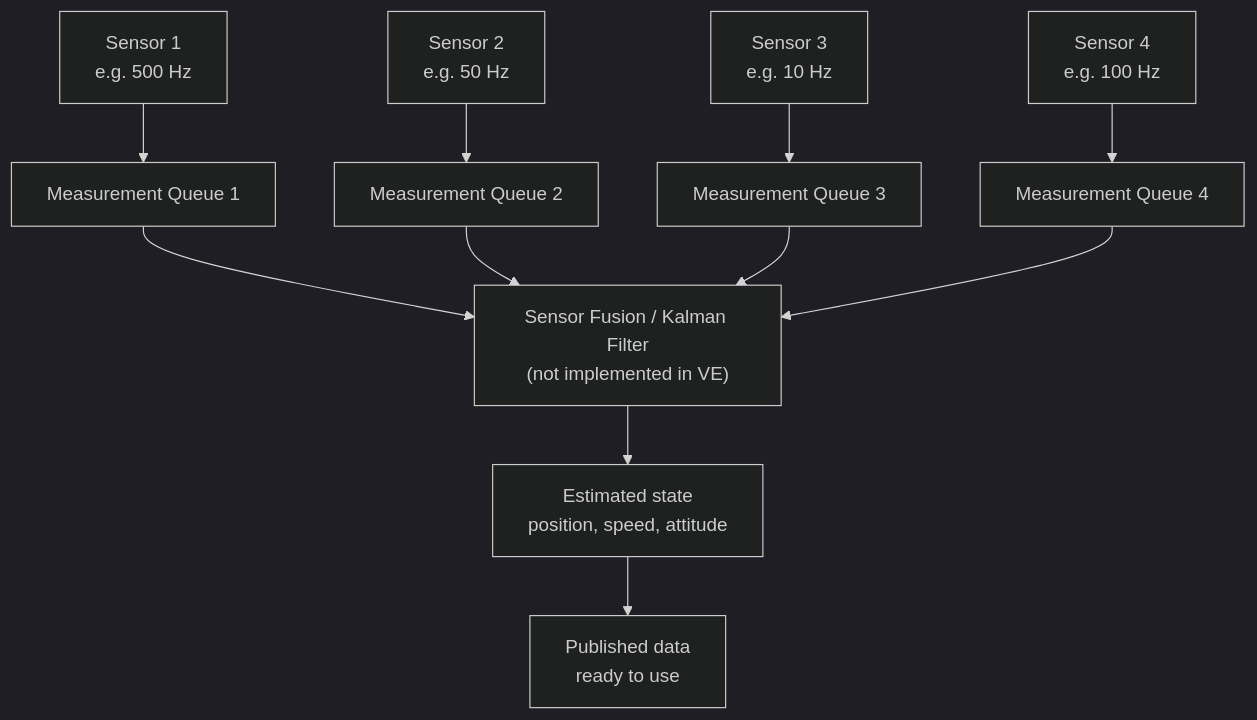
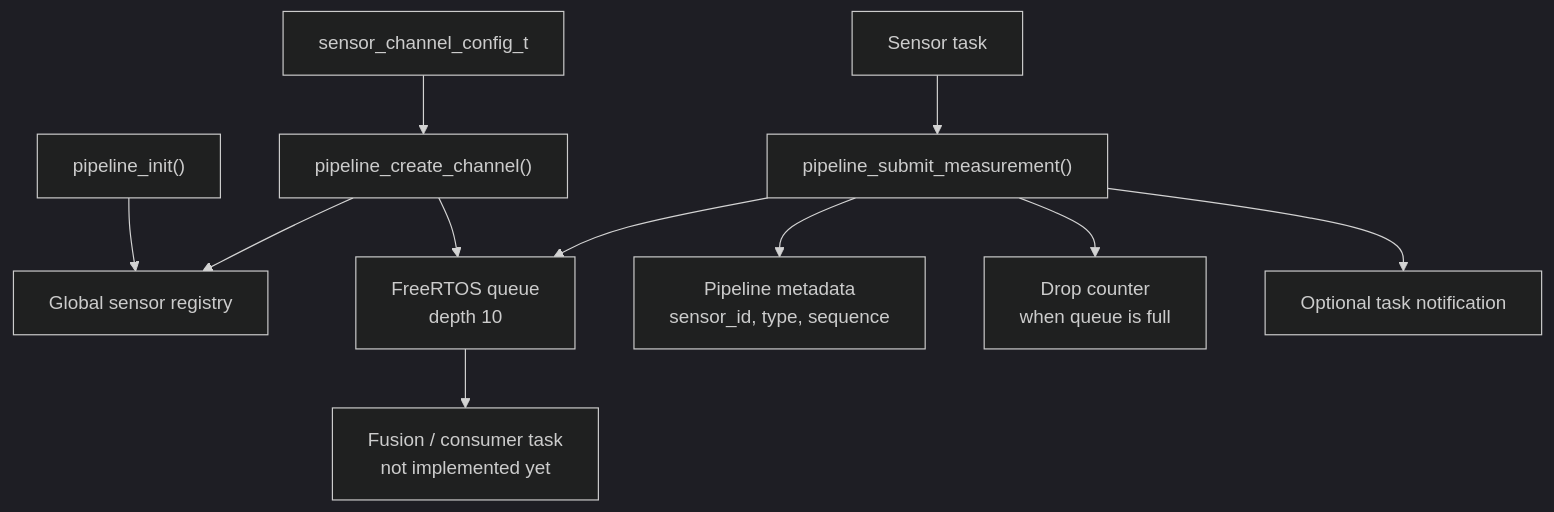
The diagram in docs/telemetry-pipeline.md (bears-space/vigilant-engine), drawn with Mermaid (dark theme) before and after one commit. The commit also changed other lines of this file and 1 other file, not shown here.

````diff
--- a/docs/telemetry-pipeline.md
+++ b/docs/telemetry-pipeline.md
@@ -5,15 +7,13 @@
 ```mermaid
 flowchart TD
-    IMU["Sensor 1<br>e.g. 500 Hz"] --> Q1["Measurement Queue 1"]
-    BARO["Sensor 2<br>e.g. 50 Hz"] --> Q2["Measurement Queue 2"]
-    GPS["Sensor 3<br>e.g. 10 Hz"] --> Q3["Measurement Queue 3"]
-    ADC["Sensor 4<br>e.g. 100 Hz"] --> Q4["Measurement Queue 4"]
-
-    Q1 --> KF["Sensor Fusion / Kalman Filter<br>(not implemented in VE)"]
-    Q2 --> KF
-    Q3 --> KF
-    Q4 --> KF
-
-    KF --> STATE["Estimated state<br>position, speed, attitude"]
-    STATE --> LOG["Published data<br>ready to use"]
+    INIT["pipeline_init()"] --> REG["Global sensor registry"]
+    CFG["sensor_channel_config_t"] --> CREATE["pipeline_create_channel()"]
+    CREATE --> REG
+    CREATE --> Q["FreeRTOS queue<br>depth 10"]
+    TASK["Sensor task"] --> SUBMIT["pipeline_submit_measurement()"]
+    SUBMIT --> Q
+    SUBMIT --> META["Pipeline metadata<br>sensor_id, type, sequence"]
+    SUBMIT --> DROP["Drop counter<br>when queue is full"]
+    SUBMIT --> NOTIFY["Optional task notification"]
+    Q --> CONSUMER["Fusion / consumer task<br>not implemented yet"]
 ```
````
